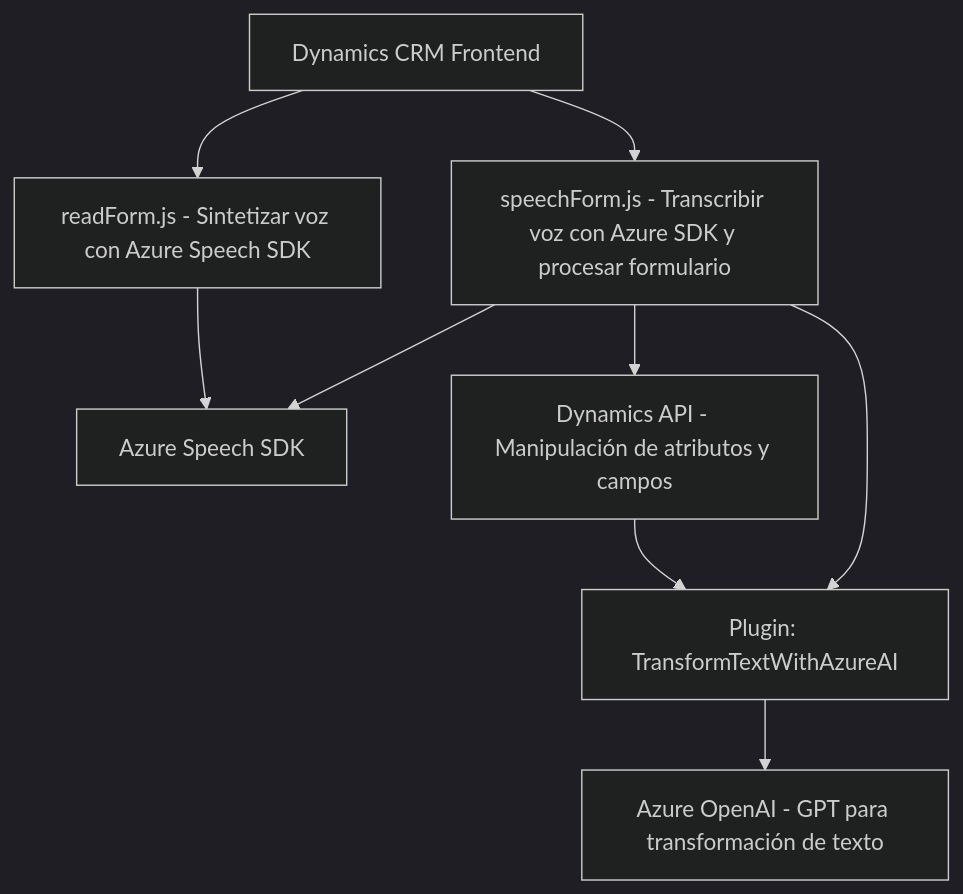
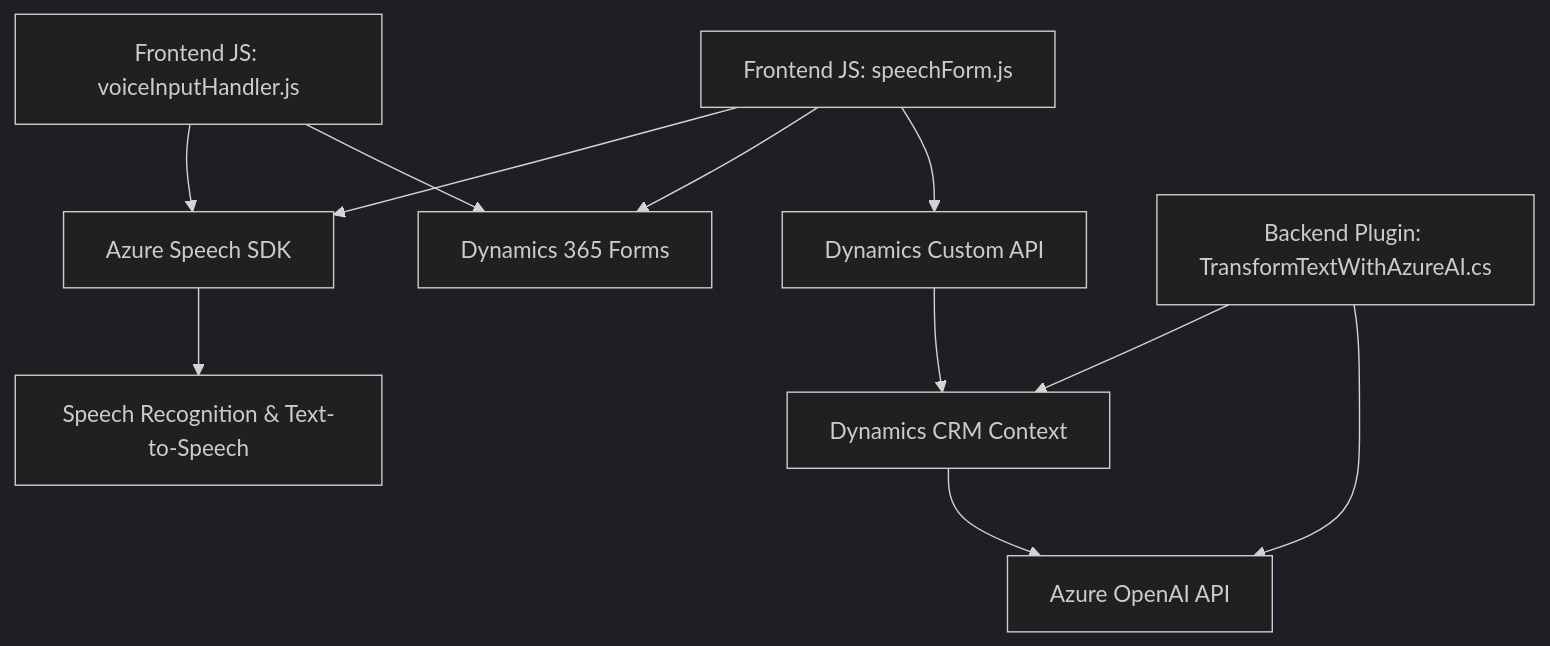
One commit to blopezdm/NETCORE_BILBAO2025 changed the diagram in README.md. Above: the diagram before and after it, drawn with Mermaid (dark theme). The commit also changed other lines of this file, not shown here.

Commit message:
Actualizar análisis global de la solución con IA

````diff
--- a/README.md
+++ b/README.md
@@ -39,19 +55,16 @@
 ```mermaid
 graph TD
-    A["Dynamics CRM Frontend"]
-    B["readForm.js - Sintetizar voz con Azure Speech SDK"]
-    C["speechForm.js - Transcribir voz con Azure SDK y procesar formulario"]
-    D["Dynamics API - Manipulación de atributos y campos"]
-    E["Azure Speech SDK"]
-    F["Plugin: TransformTextWithAzureAI"]
-    G["Azure OpenAI - GPT para transformación de texto"]
+  A["Frontend JS: voiceInputHandler.js"] --> B["Azure Speech SDK"]
+  A --> C["Dynamics 365 Forms"]
+  
+  D["Frontend JS: speechForm.js"] --> B
+  D --> C
+  D --> E["Dynamics Custom API"]
 
-    A --> B
-    A --> C
-    B --> E
-    C --> E
-    C --> D
-    C --> F
-    F --> G
-    D --> F
+  F["Backend Plugin: TransformTextWithAzureAI.cs"] --> G["Dynamics CRM Context"]
+  F --> H["Azure OpenAI API"]
+
+  B --> I["Speech Recognition & Text-to-Speech"]
+  E --> G
+  G --> H
 ```
````
